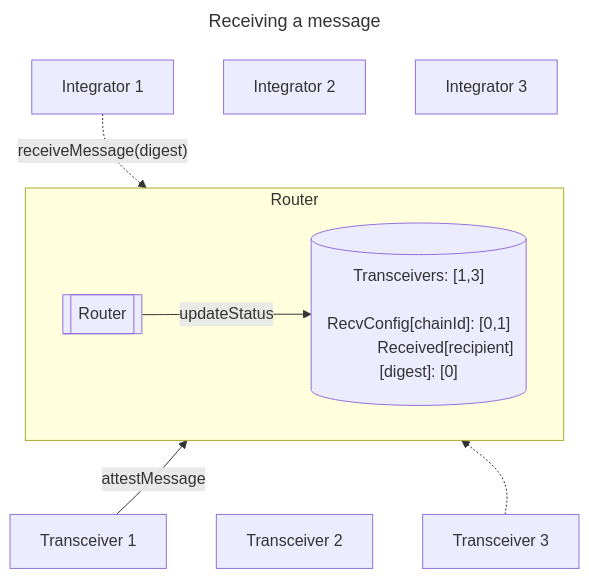
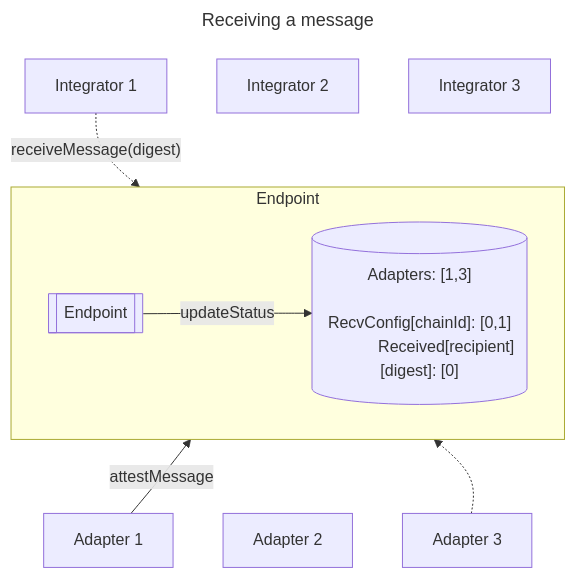
Before and after one commit to wormholelabs-xyz/example-messaging-endpoint: the second of 2 diagrams in README.md, drawn with Mermaid. The commit also changed other lines of this file and 144 other files, not shown here.

````diff
--- a/README.md
+++ b/README.md
@@ -81,22 +81,22 @@
 ```mermaid
 ---
 title: Receiving a message
 ---
 flowchart TD
-    A1[Integrator 1] -.->|"receiveMessage(digest)"| Router
-    A2[Integrator 2] ~~~ Router
-    A3[Integrator 3] ~~~ Router
-    subgraph Router
+    A1[Integrator 1] -.->|"receiveMessage(digest)"| Endpoint
+    A2[Integrator 2] ~~~ Endpoint
+    A3[Integrator 3] ~~~ Endpoint
+    subgraph Endpoint
         direction LR
-        B[[Router]] -->|"updateStatus"| BS[("
-            Transceivers: [1,3]
+        B[[Endpoint]] -->|"updateStatus"| BS[("
+            Adapters: [1,3]
             RecvConfig[chainId]: [0,1]
             Received[recipient][digest]: [0]
         ")]
     end
-    Router[[Router]] ~~~ C1[Transceiver 1]
-    C1[Transceiver 1] -->|"attestMessage"| Router[[Router]]
-    Router[[Router]] ~~~ C2[Transceiver 2]
-    Router[[Router]] ~~~ C3[Transceiver 1]
-    C3[Transceiver 3] -.-> Router[[Router]]
+    Endpoint[[Endpoint]] ~~~ C1[Adapter 1]
+    C1[Adapter 1] -->|"attestMessage"| Endpoint[[Endpoint]]
+    Endpoint[[Endpoint]] ~~~ C2[Adapter 2]
+    Endpoint[[Endpoint]] ~~~ C3[Adapter 1]
+    C3[Adapter 3] -.-> Endpoint[[Endpoint]]
 ```
````
